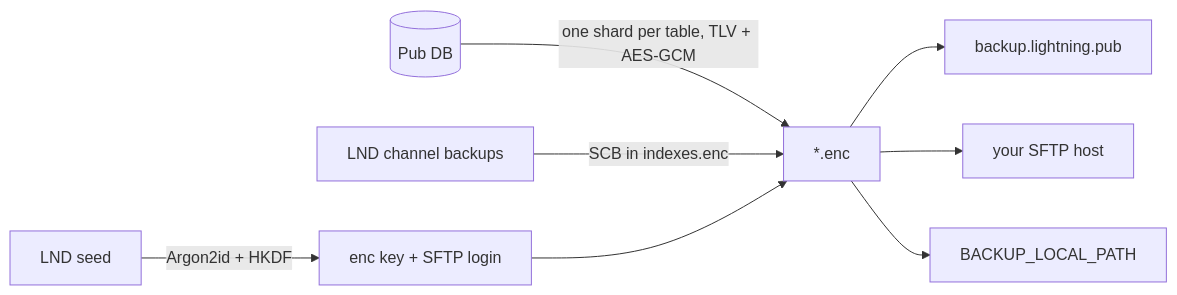
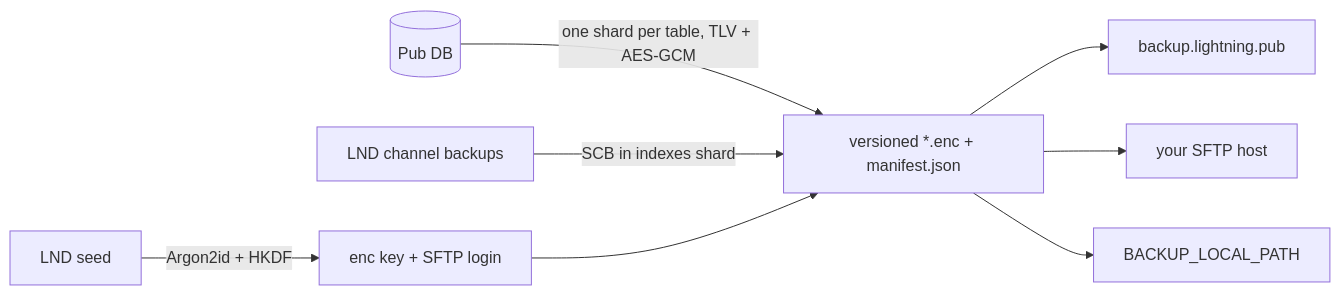
The diagram in BACKUPS.md (shocknet/Lightning.Pub), drawn with Mermaid before and after one commit. The commit also changed other lines of this file and 8 other files, not shown here.

Commit message:
use manifest to sync backups

````diff
--- a/BACKUPS.md
+++ b/BACKUPS.md
@@ -15,10 +15,10 @@
 ```mermaid
 flowchart LR
   Seed[LND seed] -->|Argon2id + HKDF| Keys[enc key + SFTP login]
-  DB[(Pub DB)] -->|one shard per table, TLV + AES-GCM| Shards[*.enc]
-  LND[LND channel backups] -->|SCB in indexes.enc| Shards
+  DB[(Pub DB)] -->|one shard per table, TLV + AES-GCM| Shards["versioned *.enc + manifest.json"]
+  LND[LND channel backups] -->|SCB in indexes shard| Shards
   Keys --> Shards
   Shards --> Cloud[backup.lightning.pub]
   Shards --> Own[your SFTP host]
   Shards --> Local[BACKUP_LOCAL_PATH]
 ```
````
